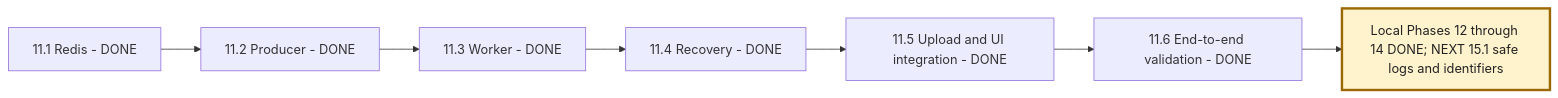
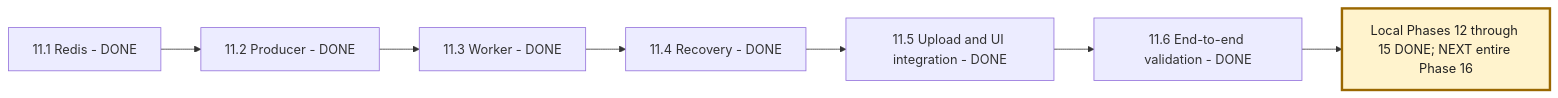
Before and after one commit to msdian0007/nexaAi: the third of 7 diagrams in NEXAAI_ROADMAP.md, drawn with Mermaid. The commit also changed other lines of this file and 8 other files, not shown here.

````diff
--- a/NEXAAI_ROADMAP.md
+++ b/NEXAAI_ROADMAP.md
@@ -271,10 +282,10 @@
 ```mermaid
 flowchart LR
     A[11.1 Redis - DONE] --> B[11.2 Producer - DONE]
     B --> C[11.3 Worker - DONE]
     C --> D[11.4 Recovery - DONE]
     D --> E[11.5 Upload and UI integration - DONE]
     E --> F[11.6 End-to-end validation - DONE]
-    F --> G[Local Phases 12 through 14 DONE; NEXT 15.1 safe logs and identifiers]
+    F --> G[Local Phases 12 through 15 DONE; NEXT entire Phase 16]
     style G fill:#fff3cd,stroke:#9a6700,stroke-width:3px,color:#222
 ```
````
